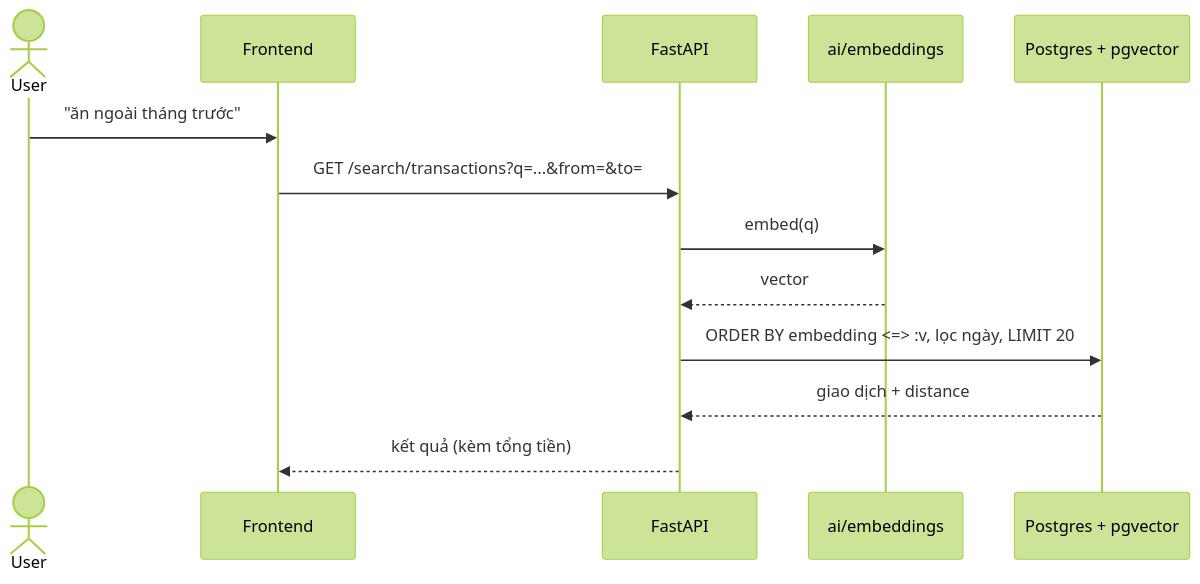
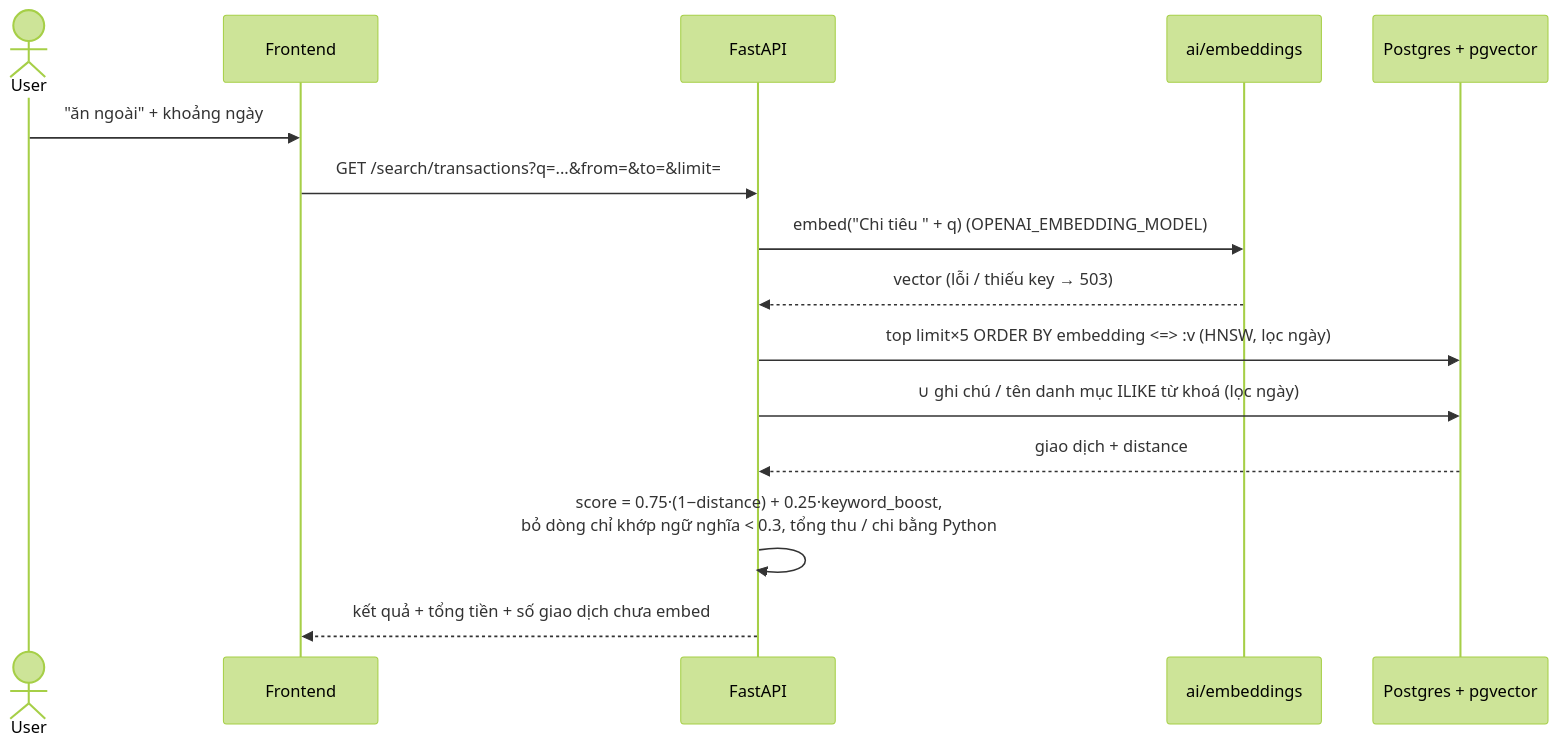
The seventh of 7 diagrams in docs/architecture/sequences.md (dangbh96/AI-personal-finance-assistant), drawn with Mermaid (forest theme) before and after one commit. The commit also changed other lines of this file and 47 other files, not shown here.

````diff
--- a/docs/architecture/sequences.md
+++ b/docs/architecture/sequences.md
@@ -215,16 +215,18 @@
 ```mermaid
 sequenceDiagram
     actor U as User
     participant FE as Frontend
     participant API as FastAPI
     participant E as ai/embeddings
     participant DB as Postgres + pgvector
 
-    U->>FE: "ăn ngoài tháng trước"
-    FE->>API: GET /search/transactions?q=...&from=&to=
-    API->>E: embed(q)
-    E-->>API: vector
-    API->>DB: ORDER BY embedding <=> :v, lọc ngày, LIMIT 20
+    U->>FE: "ăn ngoài" + khoảng ngày
+    FE->>API: GET /search/transactions?q=...&from=&to=&limit=
+    API->>E: embed("Chi tiêu " + q) (OPENAI_EMBEDDING_MODEL)
+    E-->>API: vector (lỗi / thiếu key → 503)
+    API->>DB: top limit×5 ORDER BY embedding <=> :v (HNSW, lọc ngày)
+    API->>DB: ∪ ghi chú / tên danh mục ILIKE từ khoá (lọc ngày)
     DB-->>API: giao dịch + distance
-    API-->>FE: kết quả (kèm tổng tiền)
+    API->>API: score = 0.75·(1−distance) + 0.25·keyword_boost,<br/>bỏ dòng chỉ khớp ngữ nghĩa < 0.3, tổng thu / chi bằng Python
+    API-->>FE: kết quả + tổng tiền + số giao dịch chưa embed
 ```
````
